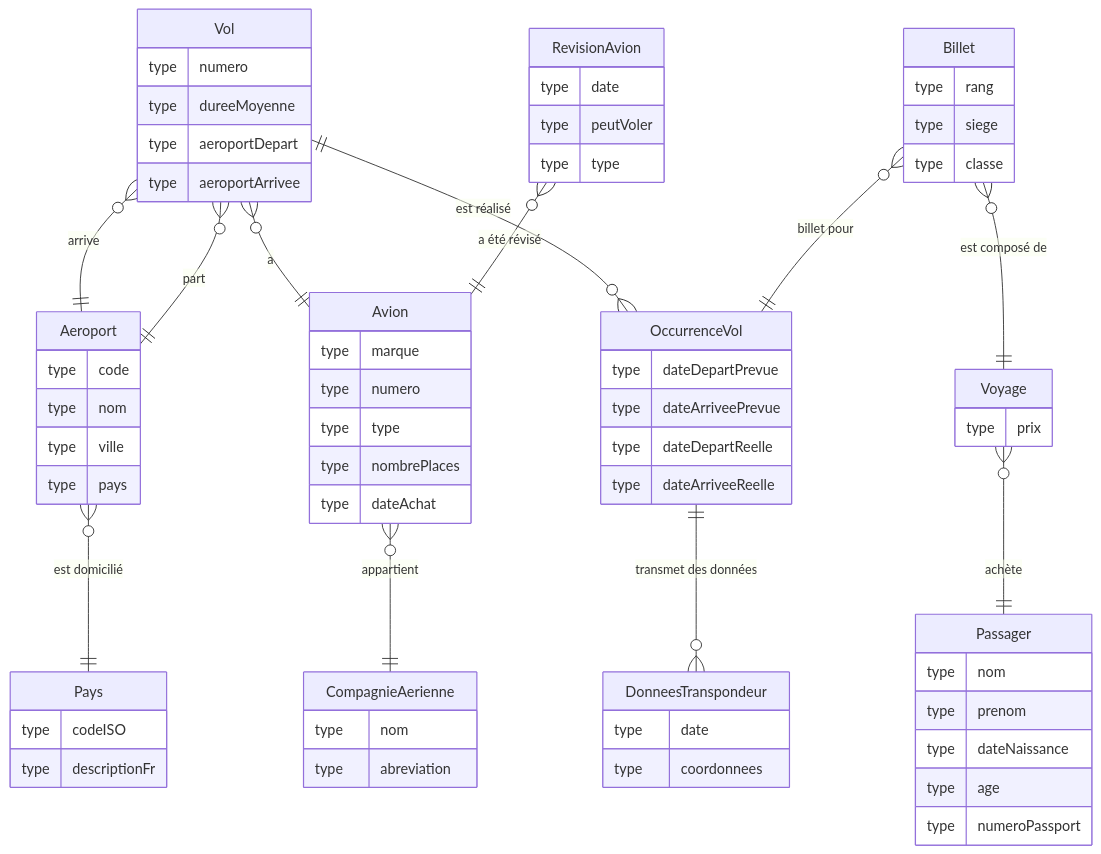
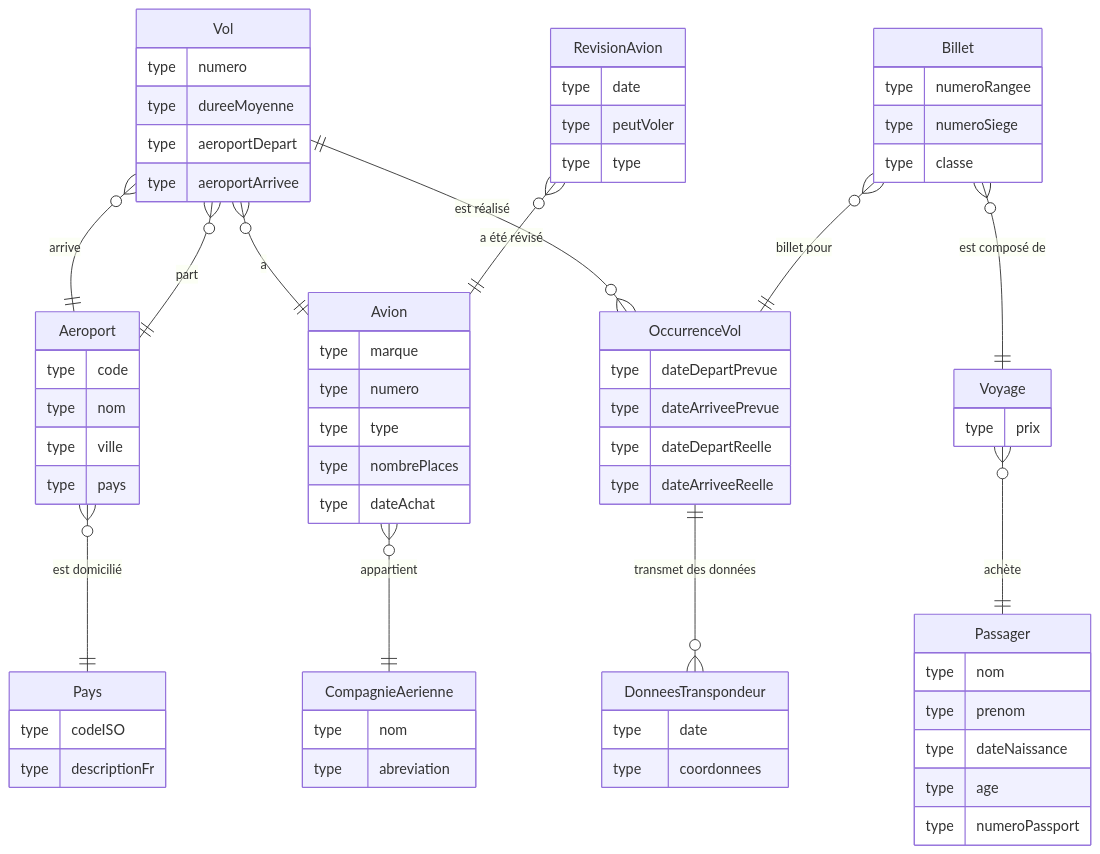
One commit to PiFou86/420-W34-SF-TP01 changed the diagram in README.md. Above: the diagram before and after it, drawn with Mermaid.

```diff
--- a/README.md
+++ b/README.md
@@ -83,8 +83,8 @@
     }
 
     Billet {
-        type rang
-        type siege
+        type numeroRangee
+        type numeroSiege
         type classe
     }
 
```
